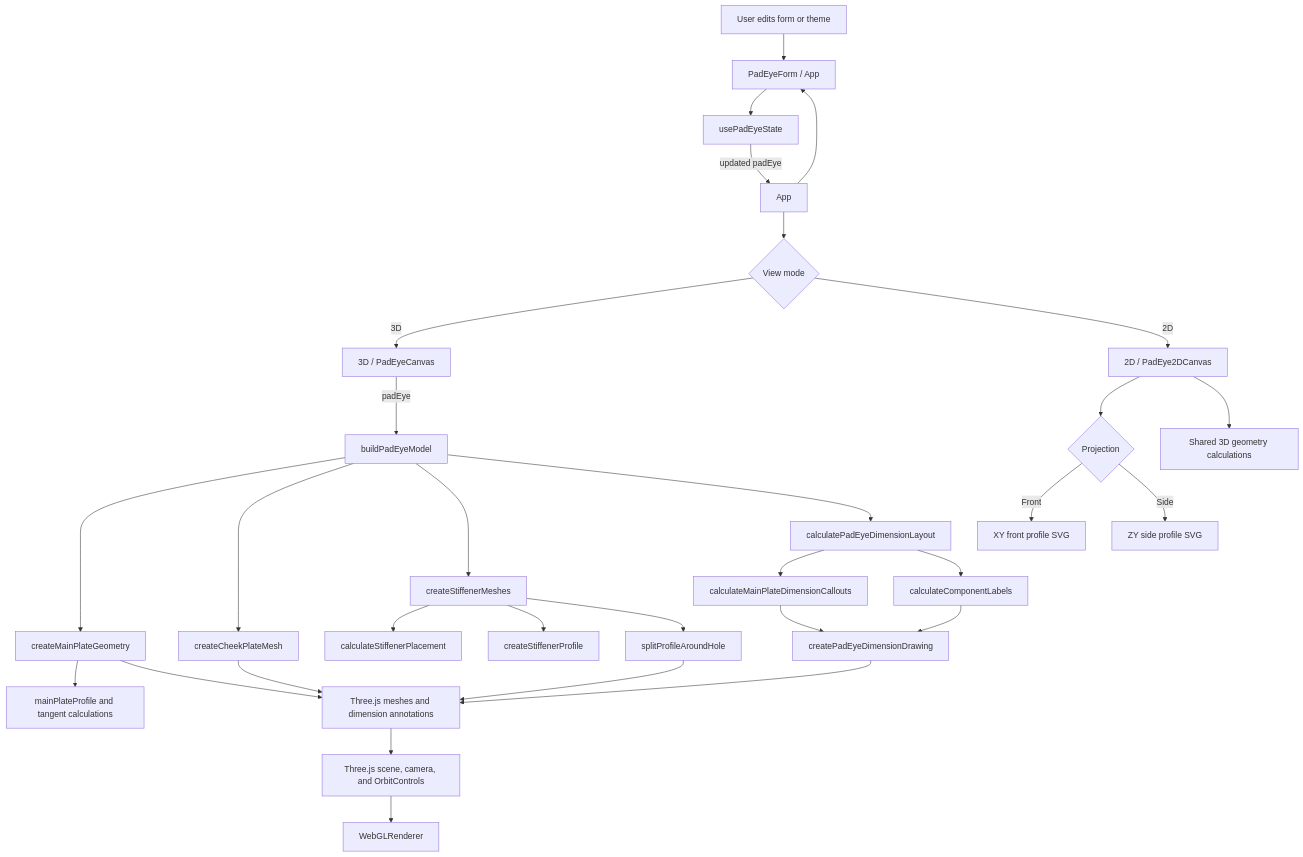
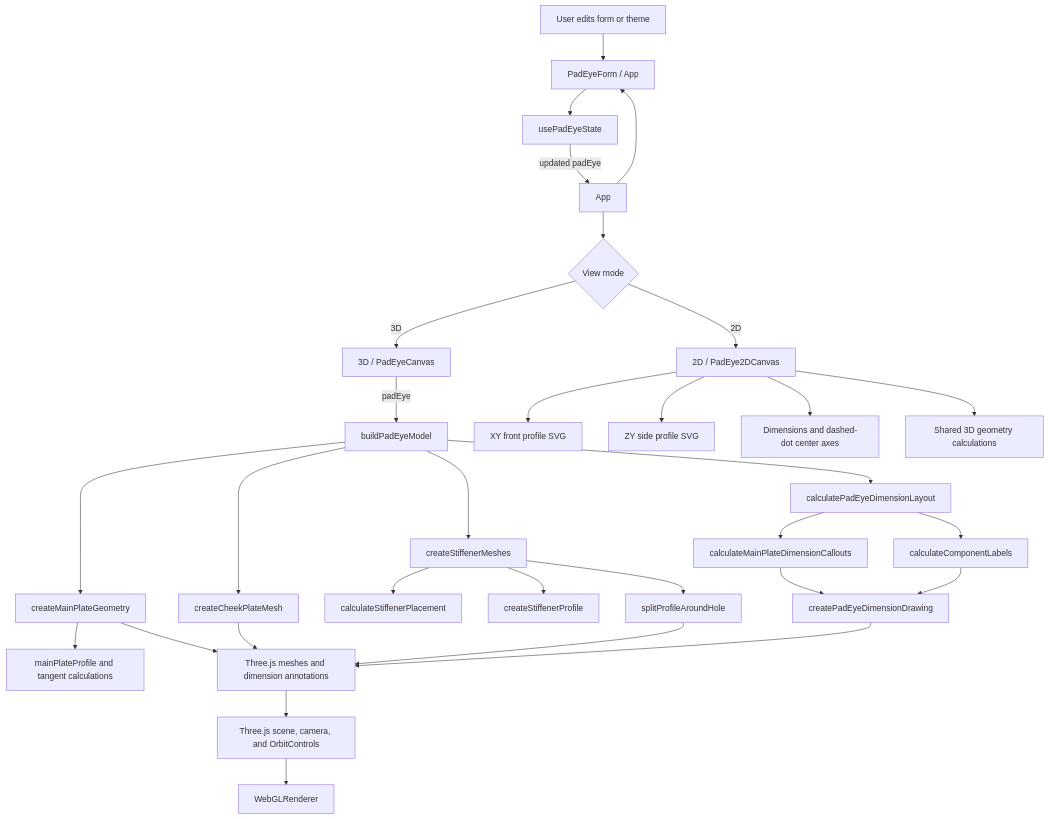
One commit to SAIDEEPBHANGE/threejs-mini-projects changed the diagram in 00WorkingProject/README.md. Above: the diagram before and after it, drawn with Mermaid. The commit also changed other lines of this file and 20 other files, not shown here.

````diff
--- a/00WorkingProject/README.md
+++ b/00WorkingProject/README.md
@@ -71,33 +71,33 @@
 ```mermaid
 flowchart TD
     User[User edits form or theme] --> Form[PadEyeForm / App]
     Form --> State[usePadEyeState]
     State -->|updated padEye| App[App]
     App --> Mode{View mode}
     Mode -->|3D| Canvas[3D / PadEyeCanvas]
     Mode -->|2D| Projection[2D / PadEye2DCanvas]
-    Projection --> View{Projection}
-    View -->|Front| Front[XY front profile SVG]
-    View -->|Side| Side[ZY side profile SVG]
+    Projection --> Front[XY front profile SVG]
+    Projection --> Side[ZY side profile SVG]
+    Projection --> Annotations[Dimensions and dashed-dot center axes]
     App --> Form
     Canvas -->|padEye| Builder[buildPadEyeModel]
     Builder --> Main[createMainPlateGeometry]
     Main --> Profile[mainPlateProfile and tangent calculations]
     Builder --> Cheek[createCheekPlateMesh]
     Builder --> Rib[createStiffenerMeshes]
     Rib --> Place[calculateStiffenerPlacement]
     Rib --> Shape[createStiffenerProfile]
     Rib --> Hole[splitProfileAroundHole]
     Builder --> Layout[calculatePadEyeDimensionLayout]
     Layout --> Callouts[calculateMainPlateDimensionCallouts]
     Layout --> Labels[calculateComponentLabels]
     Callouts --> DimensionDraw[createPadEyeDimensionDrawing]
     Labels --> DimensionDraw
     Main --> Model[Three.js meshes and dimension annotations]
     Cheek --> Model
     Hole --> Model
     DimensionDraw --> Model
     Model --> Scene[Three.js scene, camera, and OrbitControls]
     Scene --> Renderer[WebGLRenderer]
     Projection --> SharedCalc[Shared 3D geometry calculations]
 ```
````
